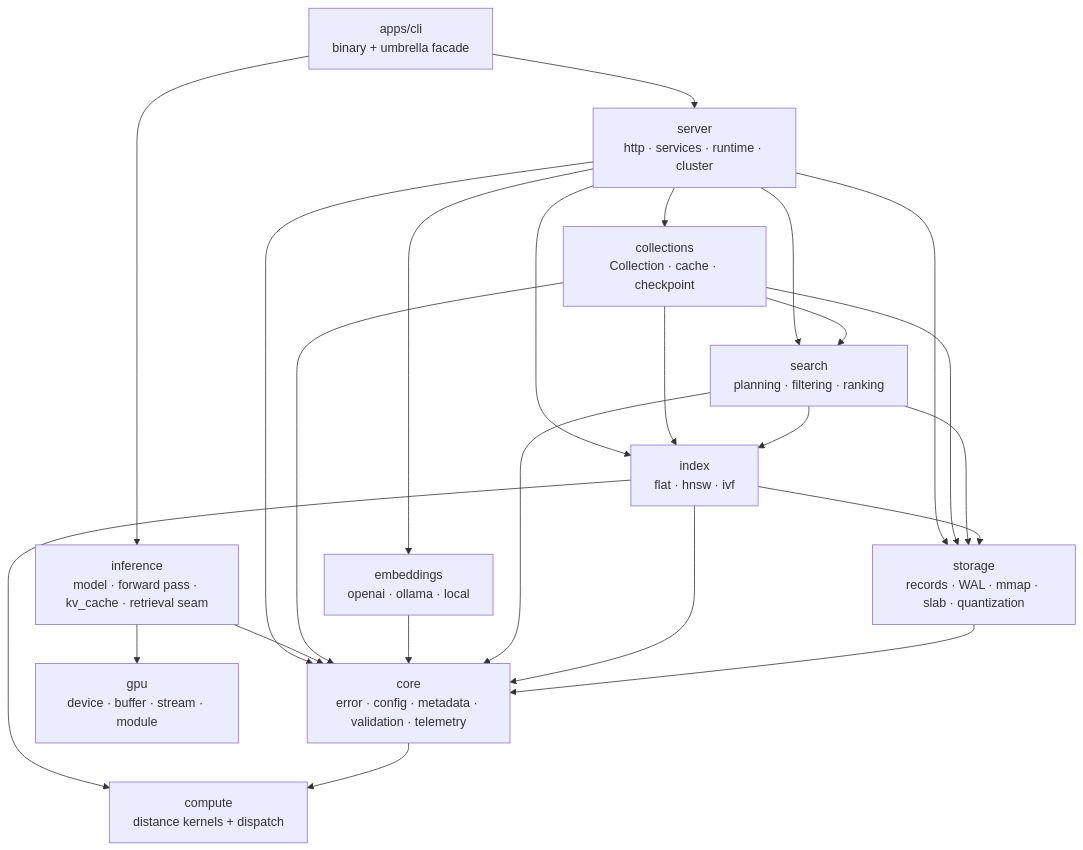
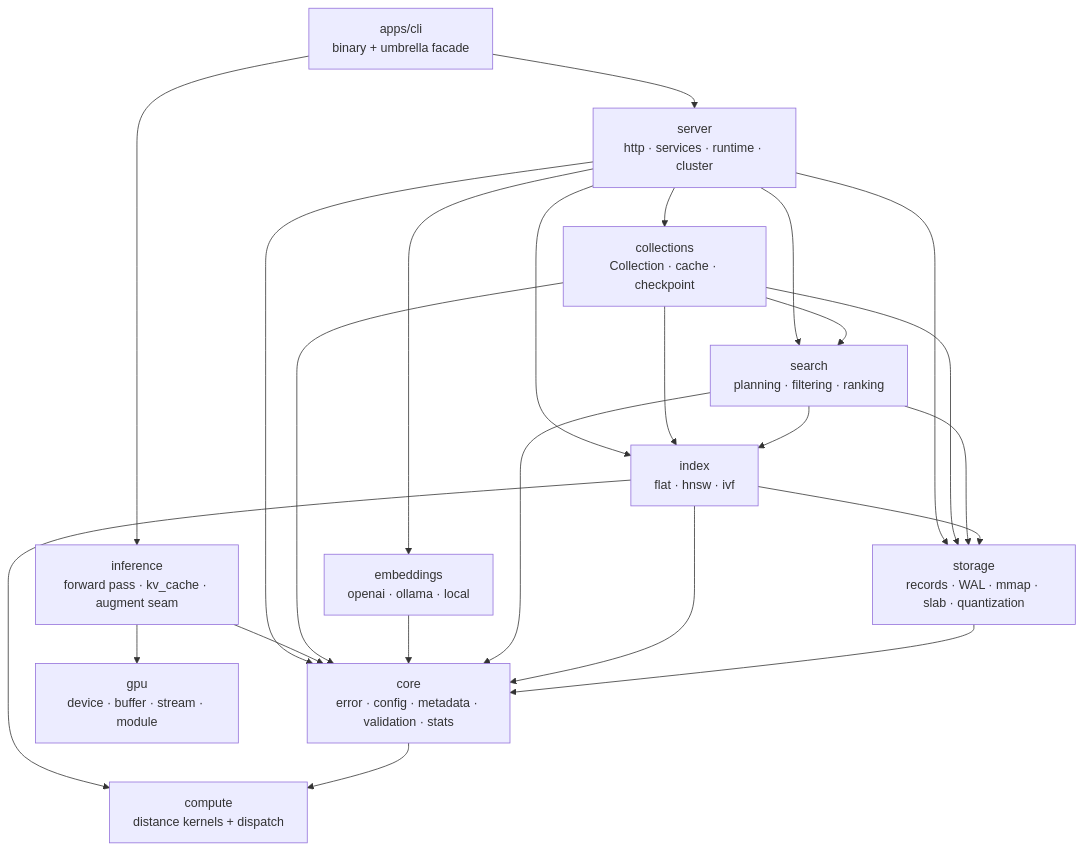
Before and after one commit to ashworks1706/Piramid: the first of 3 diagrams in docs/ARCHITECTURE.md, drawn with Mermaid. The commit also changed other lines of this file and 56 other files, not shown here.

````diff
--- a/docs/ARCHITECTURE.md
+++ b/docs/ARCHITECTURE.md
@@ -79,38 +75,38 @@
 ```mermaid
 flowchart TD
     CLI[apps/cli<br/>binary + umbrella facade]
     Server[server<br/>http · services · runtime · cluster]
-    Inference[inference<br/>model · forward pass · kv_cache · retrieval seam]
+    Inference[inference<br/>forward pass · kv_cache · augment seam]
     Collections[collections<br/>Collection · cache · checkpoint]
     Embeddings[embeddings<br/>openai · ollama · local]
     Search[search<br/>planning · filtering · ranking]
     Index[index<br/>flat · hnsw · ivf]
     Storage[storage<br/>records · WAL · mmap · slab · quantization]
-    Core[core<br/>error · config · metadata · validation · telemetry]
+    Core[core<br/>error · config · metadata · validation · stats]
     Compute[compute<br/>distance kernels + dispatch]
     Gpu[gpu<br/>device · buffer · stream · module]
 
     CLI --> Server
     CLI --> Inference
     Server --> Collections
     Server --> Embeddings
     Server --> Search
     Server --> Index
     Server --> Storage
     Server --> Core
     Inference --> Gpu
     Inference --> Core
     Collections --> Search
     Collections --> Index
     Collections --> Storage
     Collections --> Core
     Embeddings --> Core
     Search --> Index
     Search --> Storage
     Search --> Core
     Index --> Storage
     Index --> Core
     Index --> Compute
     Storage --> Core
     Core --> Compute
 ```
````
